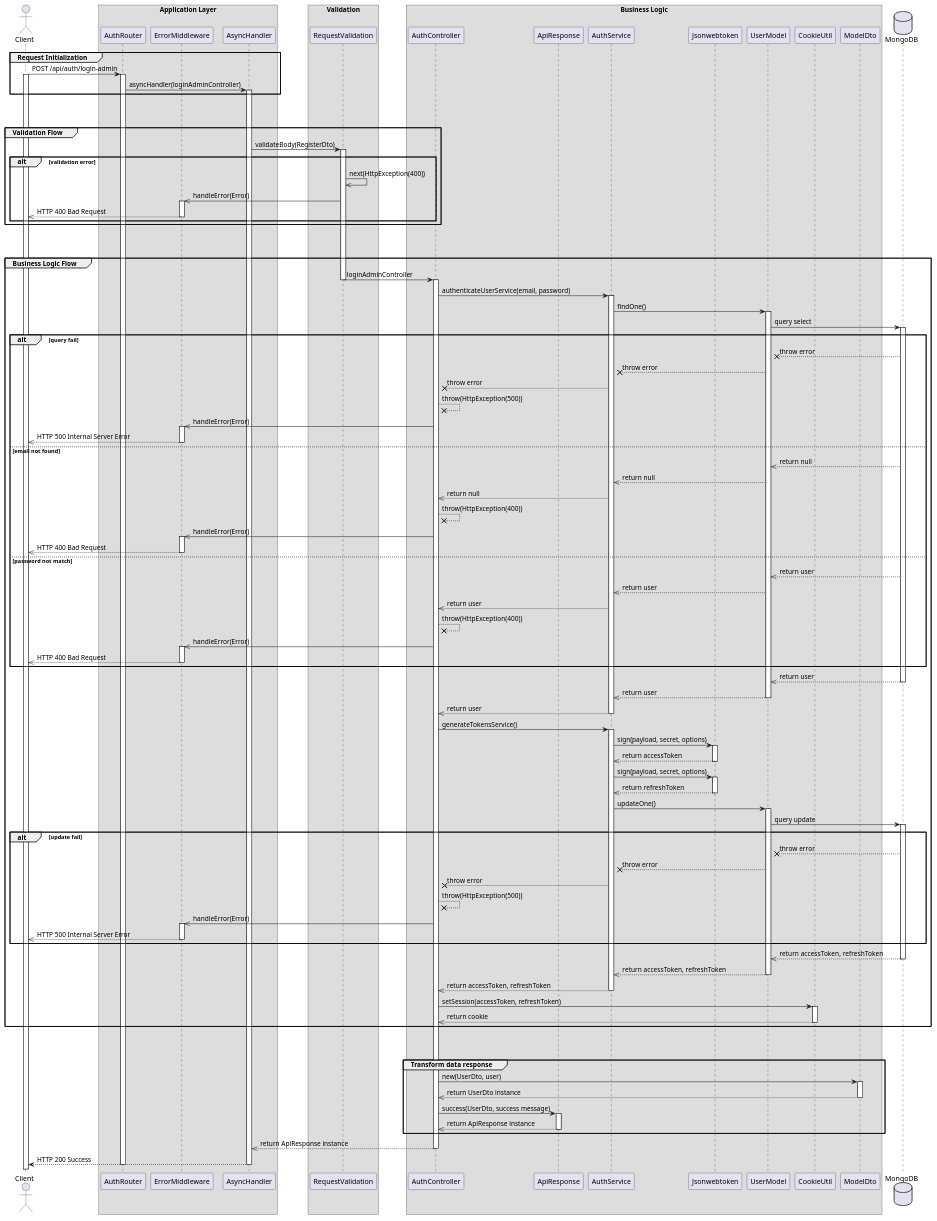
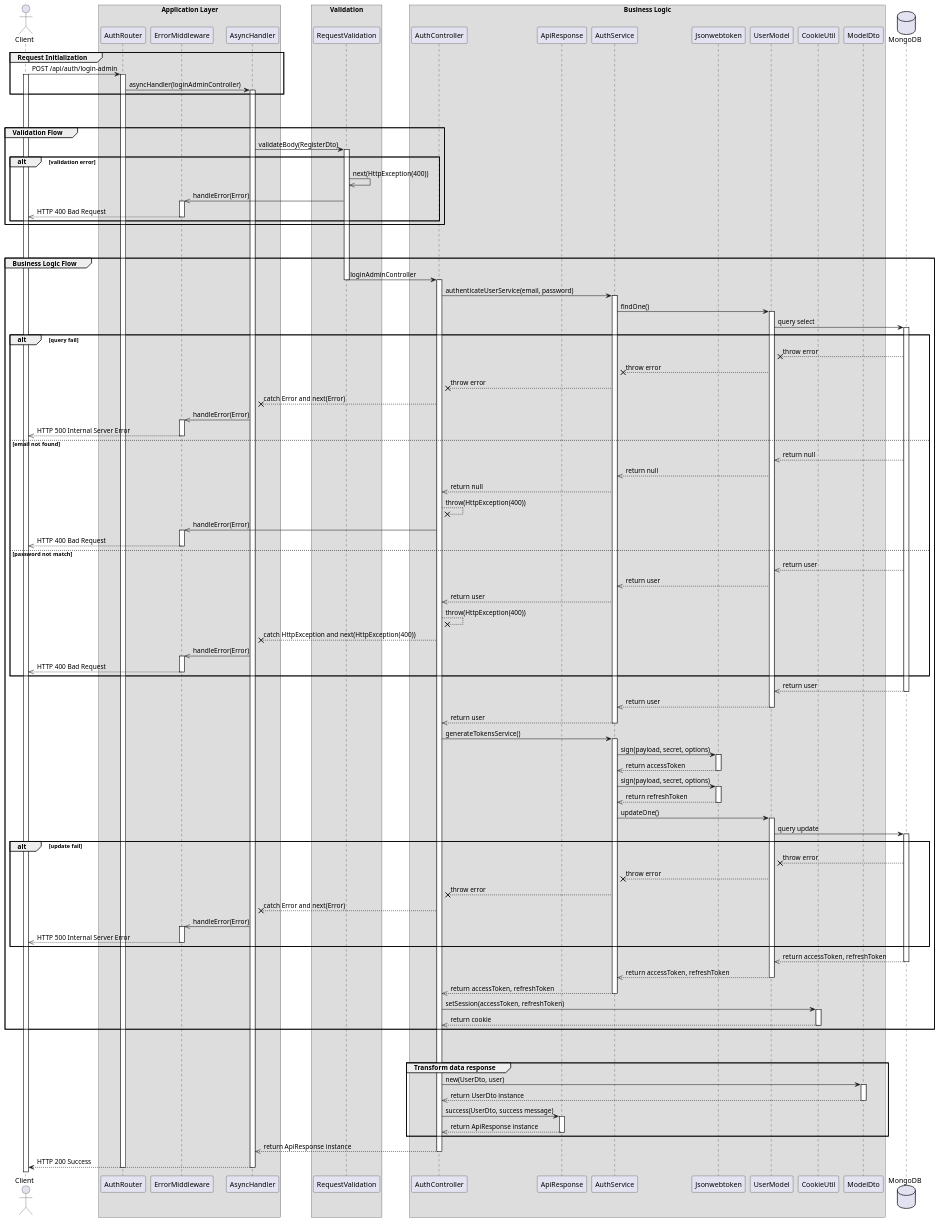
The diagram in docs/sequences/UC04-Login/UC04.1.1-LoginAdmin.wsd (hiusnguyen201/BE_ClothingShop), drawn with PlantUML before and after one commit. The commit also changed 57 other files, not shown here.

Commit message:
#73 - thuongbsls2004 fix bug and add sequence product,cart,payment,division,... unfinish shippingaddress and order.

```diff
--- a/docs/sequences/UC04-Login/UC04.1.1-LoginAdmin.wsd
+++ b/docs/sequences/UC04-Login/UC04.1.1-LoginAdmin.wsd
@@ -1,166 +1,167 @@
 @startuml Login Admin
 
 actor Client
 
 box "Application Layer"
 participant AuthRouter 
 participant ErrorMiddleware 
 participant AsyncHandler 
 end box
 
 box "Validation"
 participant RequestValidation
 end box
 
 box "Business Logic"
 participant AuthController
 participant ApiResponse
 participant AuthService
 participant Jsonwebtoken
 participant UserModel
 participant CookieUtil
 participant ModelDto
 end box
 
 database MongoDB
 
 ' Step 1
 group Request Initialization
     Client -> AuthRouter: POST /api/auth/login-admin
     activate Client
     activate AuthRouter
     AuthRouter -> AsyncHandler: asyncHandler(loginAdminController)
     activate AsyncHandler
 end
 
 break
 break
 
 
 ' Step 2
 group Validation Flow
     AsyncHandler -> RequestValidation: validateBody(RegisterDto)
     activate RequestValidation
     alt validation error
         RequestValidation ->> RequestValidation: next(HttpException(400))
         RequestValidation ->> ErrorMiddleware: handleError(Error)
         activate ErrorMiddleware
         ErrorMiddleware -->> Client: HTTP 400 Bad Request
         deactivate ErrorMiddleware
     end
     
 end
 
 break
 break
 
 
 ' step 3
 group Business Logic Flow
     RequestValidation -> AuthController: loginAdminController
     deactivate RequestValidation
     activate AuthController
     AuthController -> AuthService: authenticateUserService(email, password)
     activate AuthService
     AuthService -> UserModel: findOne()
     activate UserModel
     UserModel -> MongoDB: query select
     activate MongoDB
 
     alt query fail 
         MongoDB --x UserModel: throw error
         UserModel --x AuthService: throw error
         AuthService --x AuthController: throw error
-        AuthController --x AuthController: throw(HttpException(500))
-        AuthController ->> ErrorMiddleware: handleError(Error)
+        AuthController --x AsyncHandler: catch Error and next(Error)
+        AsyncHandler ->> ErrorMiddleware: handleError(Error)
         activate ErrorMiddleware
         ErrorMiddleware -->> Client: HTTP 500 Internal Server Error
         deactivate ErrorMiddleware
     else email not found
         MongoDB -->> UserModel: return null
         UserModel -->> AuthService: return null
         AuthService -->> AuthController: return null
         AuthController --x AuthController: throw(HttpException(400))
         AuthController ->> ErrorMiddleware: handleError(Error)
         activate ErrorMiddleware
         ErrorMiddleware -->> Client: HTTP 400 Bad Request
         deactivate ErrorMiddleware
     else password not match
         MongoDB -->> UserModel: return user
         UserModel -->> AuthService: return user
         AuthService -->> AuthController: return user
         AuthController --x AuthController: throw(HttpException(400))
-        AuthController ->> ErrorMiddleware: handleError(Error)
+        AuthController --x AsyncHandler: catch HttpException and next(HttpException(400))
+        AsyncHandler ->> ErrorMiddleware: handleError(Error)
         activate ErrorMiddleware
         ErrorMiddleware -->> Client: HTTP 400 Bad Request
         deactivate ErrorMiddleware
     end
 
     MongoDB -->> UserModel: return user
     deactivate MongoDB
     UserModel -->> AuthService: return user
     deactivate UserModel
     AuthService -->> AuthController: return user
     deactivate AuthService
     AuthController -> AuthService: generateTokensService()
     activate AuthService
     AuthService -> Jsonwebtoken: sign(payload, secret, options)
     activate Jsonwebtoken
     Jsonwebtoken -->> AuthService: return accessToken
     deactivate Jsonwebtoken
     AuthService -> Jsonwebtoken: sign(payload, secret, options)
     activate Jsonwebtoken
     Jsonwebtoken -->> AuthService: return refreshToken
     deactivate Jsonwebtoken
     AuthService -> UserModel: updateOne()
     activate UserModel
     UserModel -> MongoDB: query update
     activate MongoDB
 
     alt update fail
         MongoDB --x UserModel: throw error
         UserModel --x AuthService: throw error
         AuthService --x AuthController: throw error
-        AuthController --x AuthController: throw(HttpException(500))
-        AuthController ->> ErrorMiddleware: handleError(Error)
+        AuthController --x AsyncHandler: catch Error and next(Error)
+        AsyncHandler ->> ErrorMiddleware: handleError(Error)
         activate ErrorMiddleware
         ErrorMiddleware -->> Client: HTTP 500 Internal Server Error
         deactivate ErrorMiddleware
     end
 
     MongoDB -->> UserModel: return accessToken, refreshToken
     deactivate MongoDB
     UserModel -->> AuthService: return accessToken, refreshToken
     deactivate UserModel
     AuthService -->> AuthController: return accessToken, refreshToken
     deactivate AuthService
     AuthController -> CookieUtil: setSession(accessToken, refreshToken)
     activate CookieUtil
     CookieUtil -->> AuthController: return cookie
     deactivate CookieUtil
 
 
     
 end   
 break 
 break
 
 group Transform data response
     AuthController -> ModelDto: new(UserDto, user)
     activate ModelDto
     ModelDto -->> AuthController: return UserDto instance
     deactivate ModelDto
 
     AuthController -> ApiResponse: success(UserDto, success message)
     activate ApiResponse
     ApiResponse -->> AuthController: return ApiResponse instance
     deactivate ApiResponse 
 end
 AuthController -->> AsyncHandler: return ApiResponse instance
 deactivate AuthController
 AsyncHandler --> Client: HTTP 200 Success
 deactivate AsyncHandler
 deactivate AuthRouter
 
 
 @enduml
```
